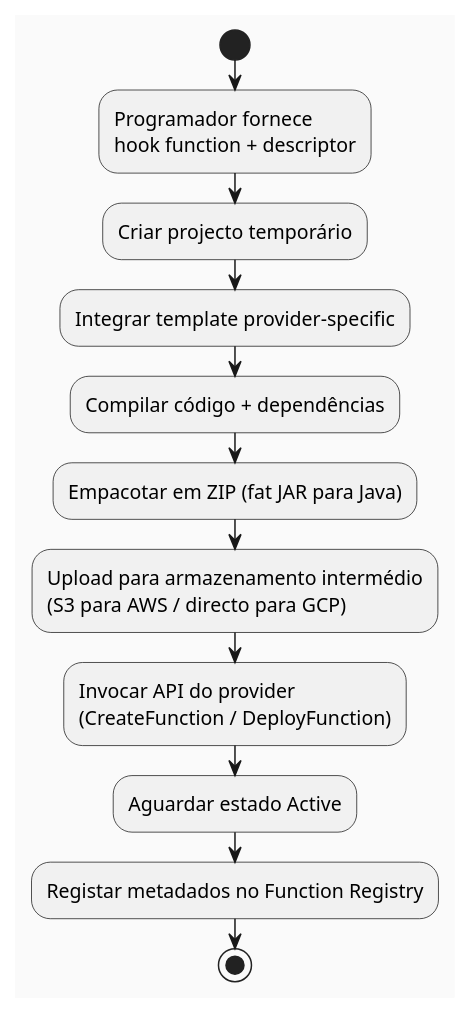
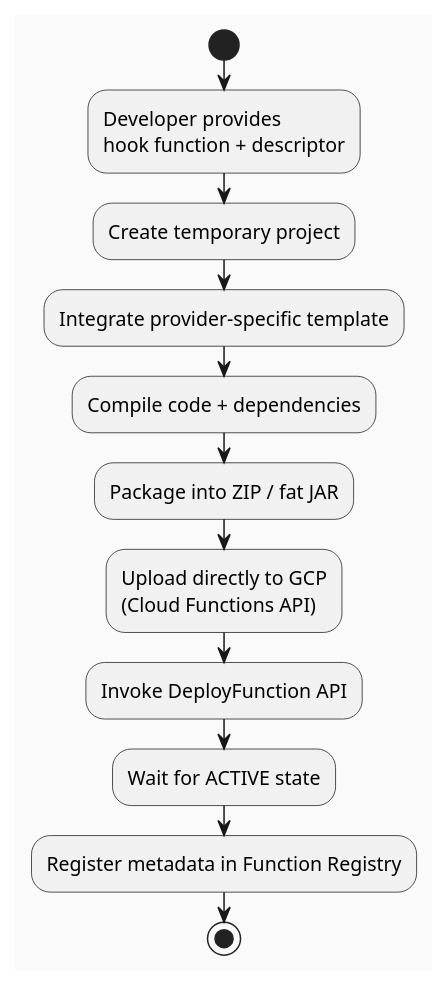
Before and after one commit to EngenheiroPedroCarvalho/ISEL-Thesis-2526: the second of 8 diagrams in omni-flow-main/Apresentacao-Orientador.md, drawn with PlantUML. The commit also changed other lines of this file, not shown here.

First line of the commit message:
Translate presentation to English and fix QuickFaaS AWS references

````diff
--- a/omni-flow-main/Apresentacao-Orientador.md
+++ b/omni-flow-main/Apresentacao-Orientador.md
@@ -73,18 +75,18 @@
 ```plantuml
 @startuml
 skinparam backgroundColor #FAFAFA
 skinparam defaultFontSize 13
 
 start
-:Programador fornece\nhook function + descriptor;
-:Criar projecto temporário;
-:Integrar template provider-specific;
-:Compilar código + dependências;
-:Empacotar em ZIP (fat JAR para Java);
-:Upload para armazenamento intermédio\n(S3 para AWS / directo para GCP);
-:Invocar API do provider\n(CreateFunction / DeployFunction);
-:Aguardar estado Active;
-:Registar metadados no Function Registry;
+:Developer provides\nhook function + descriptor;
+:Create temporary project;
+:Integrate provider-specific template;
+:Compile code + dependencies;
+:Package into ZIP / fat JAR;
+:Upload directly to GCP\n(Cloud Functions API);
+:Invoke DeployFunction API;
+:Wait for ACTIVE state;
+:Register metadata in Function Registry;
 stop
 @enduml
 ```
````
